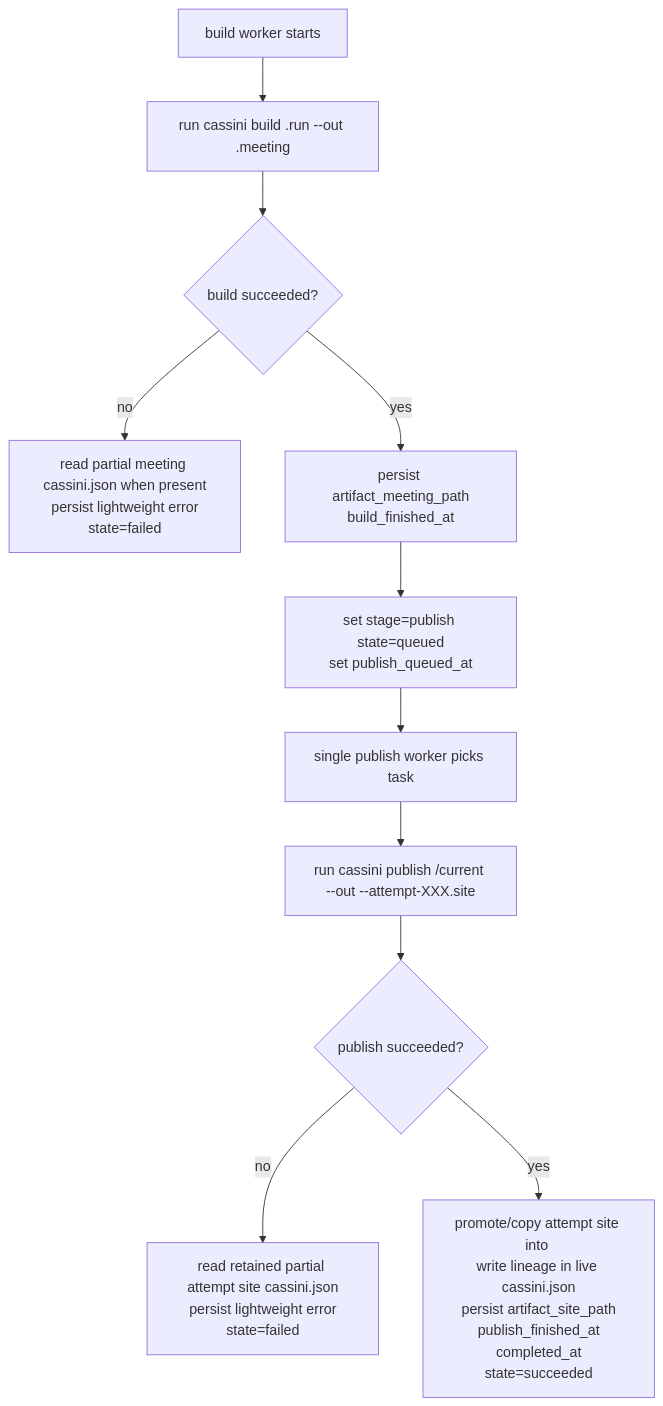
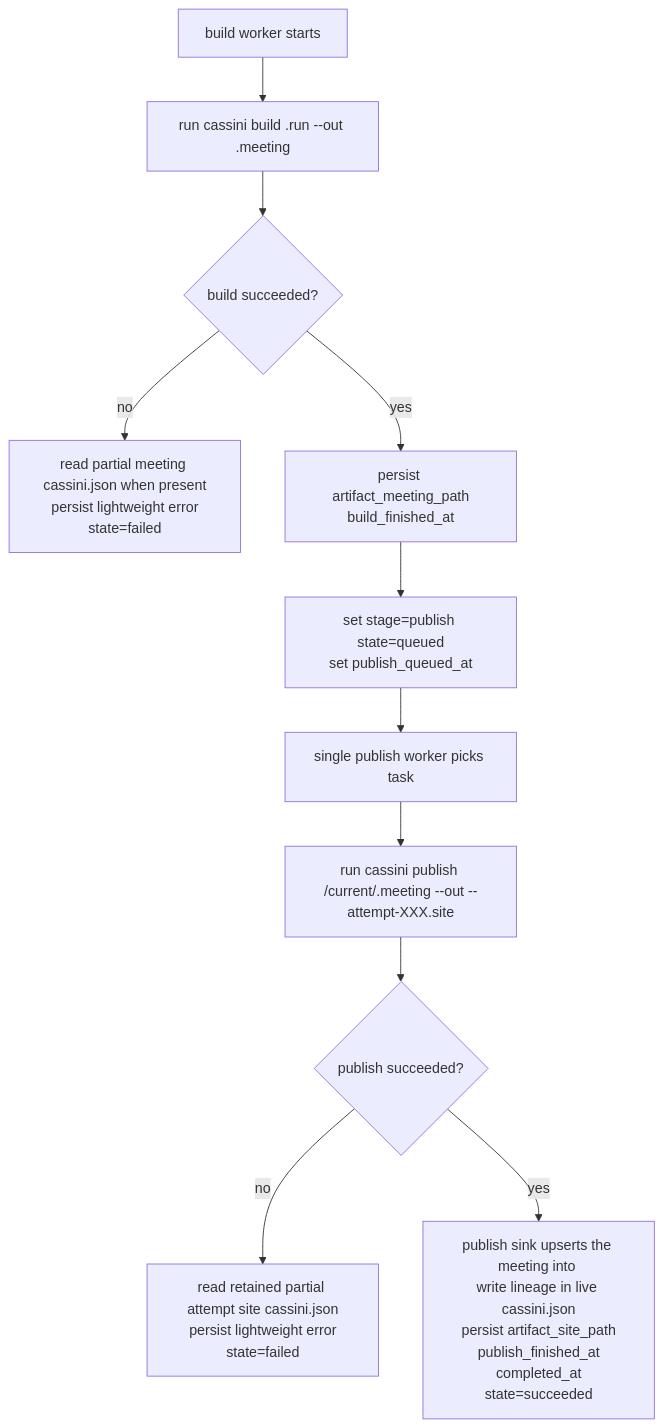
The seventh of 7 diagrams in cassini-operator/README.md (codemyriad/gocassini), drawn with Mermaid before and after one commit. The commit also changed other lines of this file and 3 other files, not shown here.

First line of the commit message:
docs(publish): document the publish sink and incremental publish

````diff
--- a/cassini-operator/README.md
+++ b/cassini-operator/README.md
@@ -164,13 +164,13 @@
 ```mermaid
 flowchart TD
   A["build worker starts"] --> B["run cassini build <job>.run --out <job>.meeting"]
   B --> C{"build succeeded?"}
   C -->|no| D["read partial meeting cassini.json when present\npersist lightweight error\nstate=failed"]
   C -->|yes| E["persist artifact_meeting_path\nbuild_finished_at"]
   E --> F["set stage=publish state=queued\nset publish_queued_at"]
   F --> G["single publish worker picks task"]
-  G --> H["run cassini publish <work-root>/current --out <job>--attempt-XXX.site"]
+  G --> H["run cassini publish <work-root>/current/<job-id>.meeting --out <job>--attempt-XXX.site"]
   H --> I{"publish succeeded?"}
   I -->|no| J["read retained partial attempt site cassini.json\npersist lightweight error\nstate=failed"]
-  I -->|yes| K["promote/copy attempt site into <site-root>\nwrite lineage in live cassini.json\npersist artifact_site_path\npublish_finished_at\ncompleted_at\nstate=succeeded"]
+  I -->|yes| K["publish sink upserts the meeting into <site-root>\nwrite lineage in live cassini.json\npersist artifact_site_path\npublish_finished_at\ncompleted_at\nstate=succeeded"]
 ```
````
